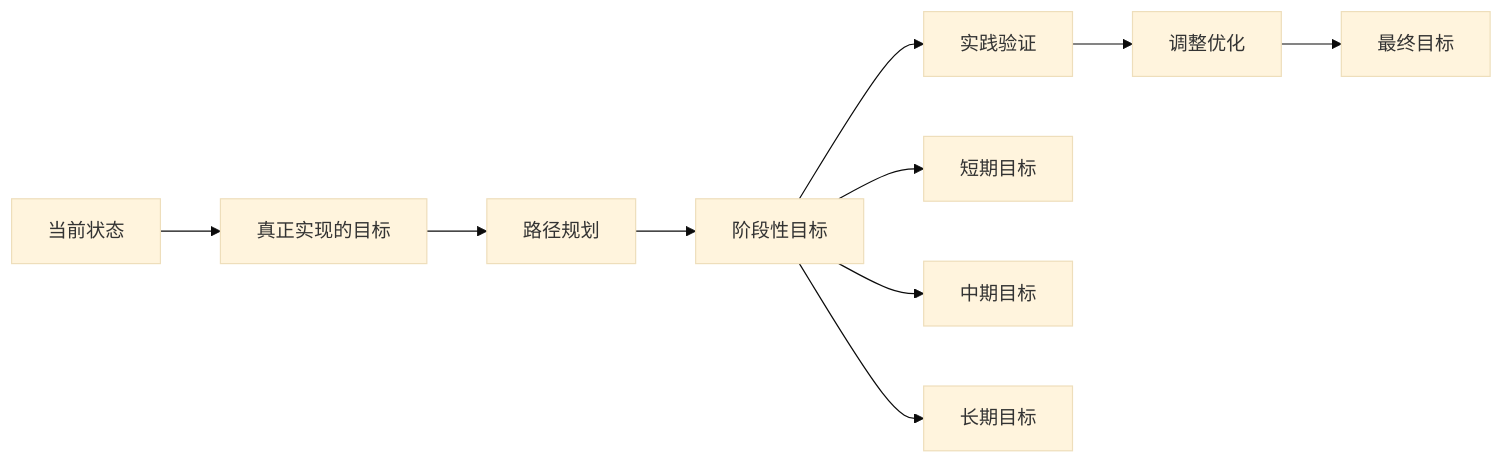
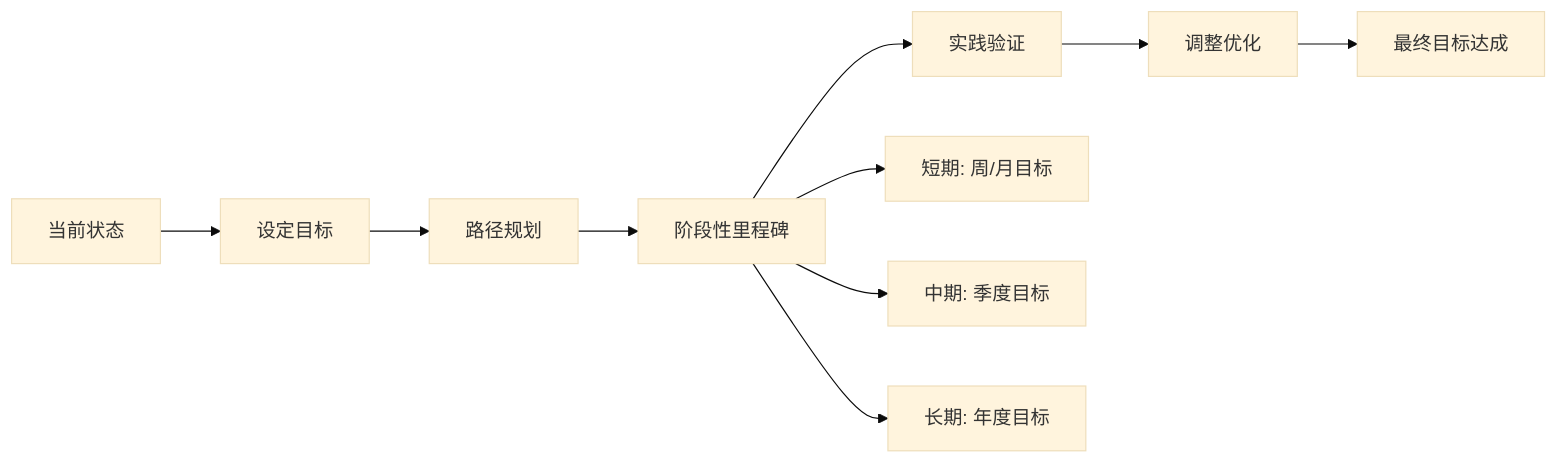
The fourth of 15 diagrams in 10.自我进阶提升书/01.自我思考和挑战/1.1学习的七大原则.md (chongyang211/YCBookBlog), drawn with Mermaid (base theme) before and after one commit. The commit also changed other lines of this file and 13 other files, not shown here.

````diff
--- a/10.自我进阶提升书/01.自我思考和挑战/1.1学习的七大原则.md
+++ b/10.自我进阶提升书/01.自我思考和挑战/1.1学习的七大原则.md
@@ -70,13 +128,13 @@
 ```mermaid
 graph LR
-    A[当前状态] --> B[真正实现的目标]
+    A[当前状态] --> B[设定目标]
     B --> C[路径规划]
-    C --> D[阶段性目标]
+    C --> D[阶段性里程碑]
     D --> E[实践验证]
     E --> F[调整优化]
-    F --> G[最终目标]
+    F --> G[最终目标达成]
     
-    D --> D1[短期目标]
-    D --> D2[中期目标]
-    D --> D3[长期目标]
+    D --> D1[短期: 周/月目标]
+    D --> D2[中期: 季度目标]
+    D --> D3[长期: 年度目标]
 ```
````
